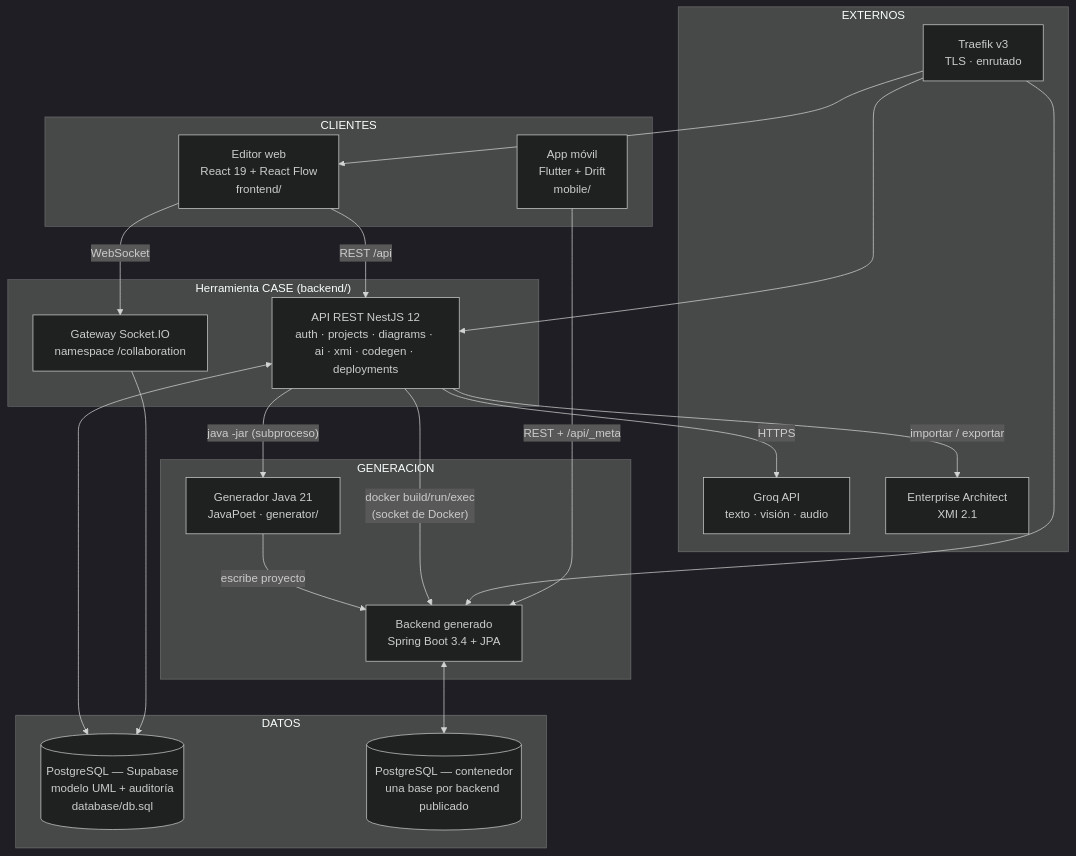
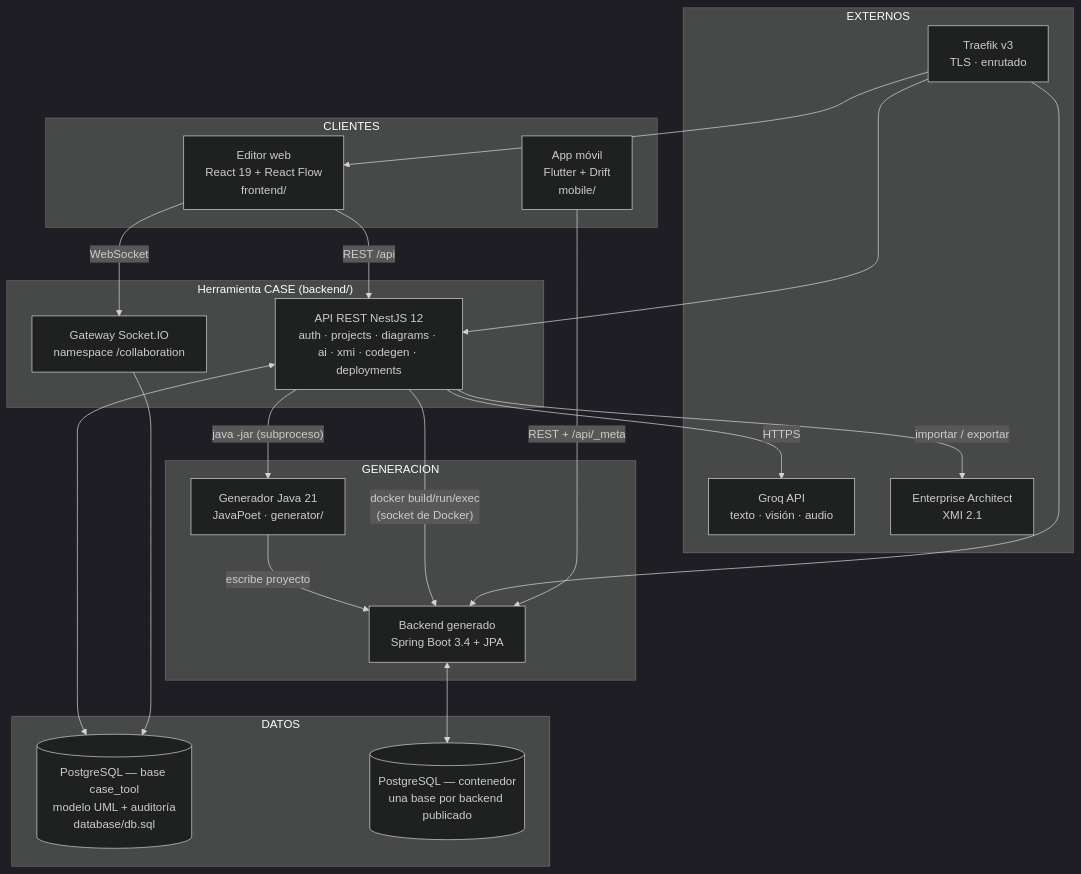
One commit to GabrielaCrespo/case-tool changed the second of 17 diagrams in README.md. Above: the diagram before and after it, drawn with Mermaid (dark theme). The commit also changed other lines of this file and 7 other files, not shown here.

````diff
--- a/README.md
+++ b/README.md
@@ -195,43 +198,43 @@
 ```mermaid
 flowchart TB
     subgraph CLIENTES
         WEB["Editor web<br/>React 19 + React Flow<br/>frontend/"]
         MOV["App móvil<br/>Flutter + Drift<br/>mobile/"]
     end
 
     subgraph HERRAMIENTA["Herramienta CASE (backend/)"]
         API["API REST NestJS 12<br/>auth · projects · diagrams · ai · xmi · codegen · deployments"]
         WS["Gateway Socket.IO<br/>namespace /collaboration"]
     end
 
     subgraph DATOS
-        SUPA[("PostgreSQL — Supabase<br/>modelo UML + auditoría<br/>database/db.sql")]
+        SUPA[("PostgreSQL — base case_tool<br/>modelo UML + auditoría<br/>database/db.sql")]
         PGDEP[("PostgreSQL — contenedor<br/>una base por backend publicado")]
     end
 
     subgraph GENERACION
         GEN["Generador Java 21<br/>JavaPoet · generator/"]
         SB["Backend generado<br/>Spring Boot 3.4 + JPA"]
     end
 
     subgraph EXTERNOS
         GROQ["Groq API<br/>texto · visión · audio"]
         EA["Enterprise Architect<br/>XMI 2.1"]
         TRAEFIK["Traefik v3<br/>TLS · enrutado"]
     end
 
     WEB -- "REST /api" --> API
     WEB -- "WebSocket" --> WS
     API <--> SUPA
     WS --> SUPA
     API -- "HTTPS" --> GROQ
     API -- "importar / exportar" --> EA
     API -- "java -jar (subproceso)" --> GEN
     GEN -- "escribe proyecto" --> SB
     API -- "docker build/run/exec<br/>(socket de Docker)" --> SB
     SB <--> PGDEP
     TRAEFIK --> API
     TRAEFIK --> WEB
     TRAEFIK --> SB
     MOV -- "REST + /api/_meta" --> SB
 ```
````
